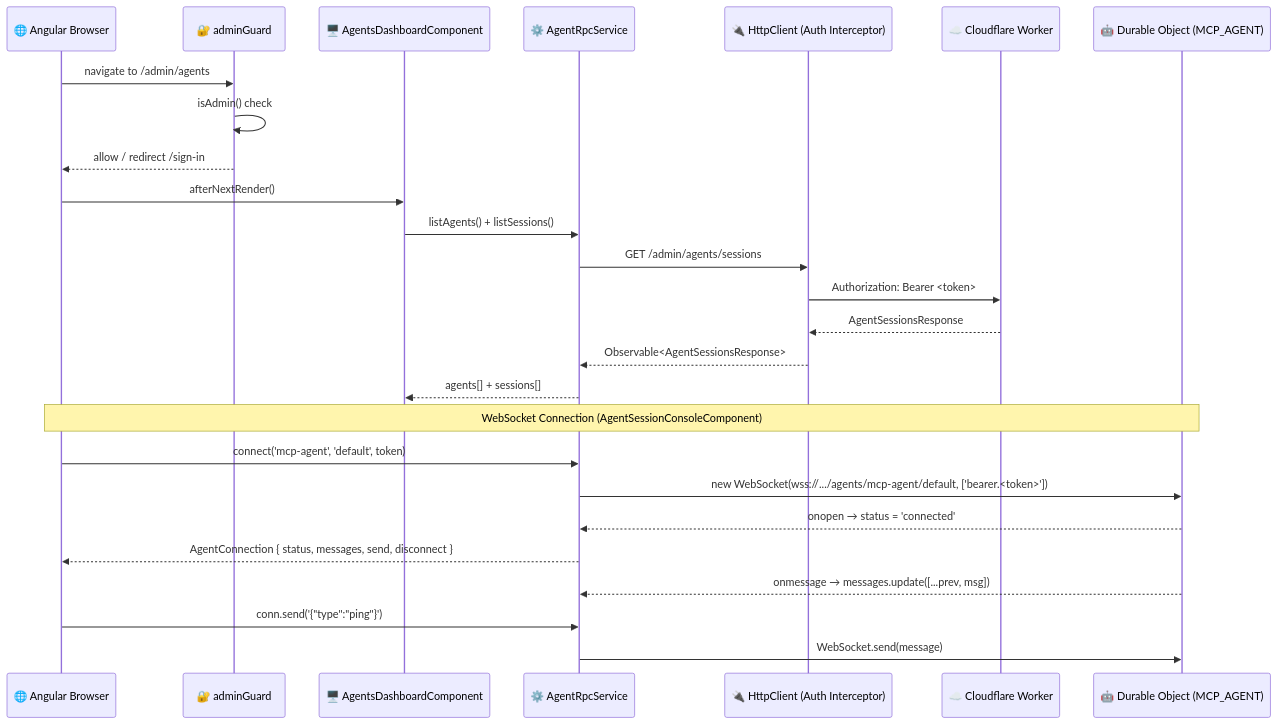
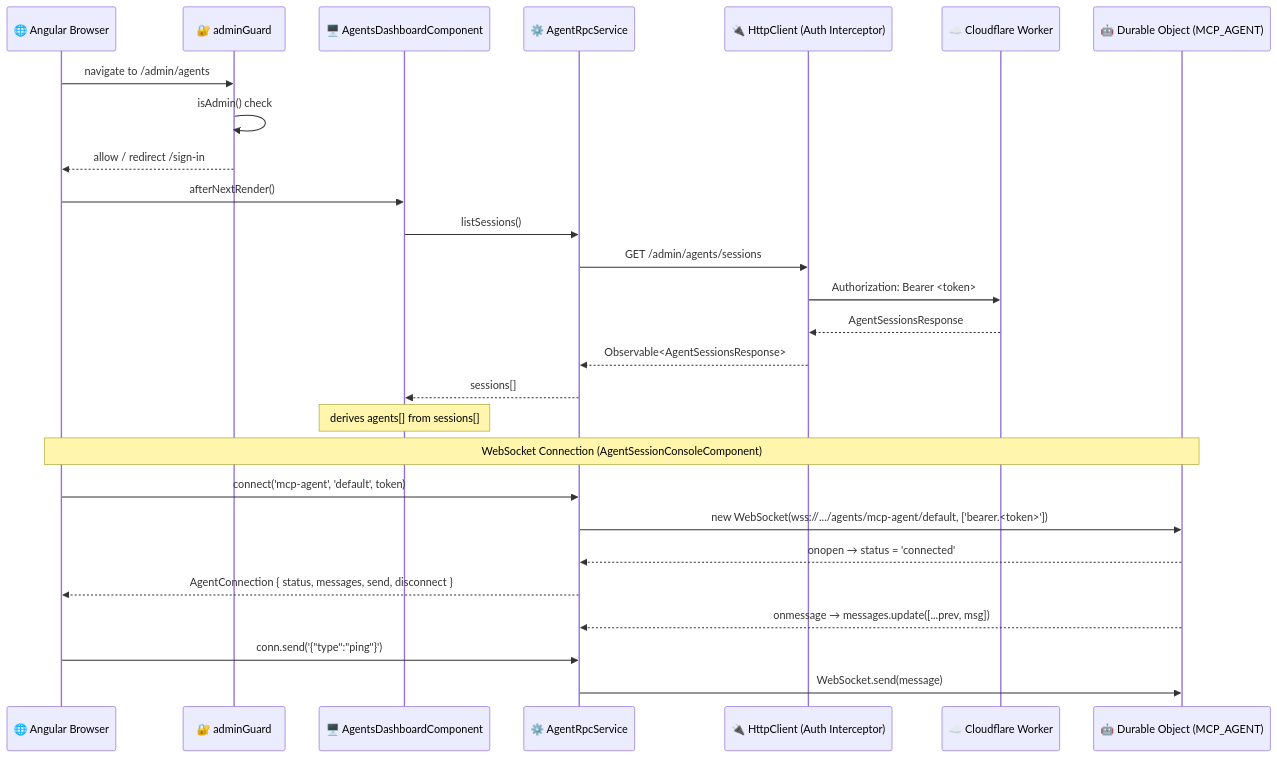
One commit to jaypatrick/adblock-compiler changed the first of 2 diagrams in docs/frontend/AGENTS_FRONTEND.md. Above: the diagram before and after it, drawn with Mermaid.

````diff
--- a/docs/frontend/AGENTS_FRONTEND.md
+++ b/docs/frontend/AGENTS_FRONTEND.md
@@ -13,31 +13,32 @@
 ```mermaid
 sequenceDiagram
     participant Browser as 🌐 Angular Browser
     participant Guard as 🔐 adminGuard
     participant Component as 🖥️ AgentsDashboardComponent
     participant Service as ⚙️ AgentRpcService
     participant HTTP as 🔌 HttpClient (Auth Interceptor)
     participant Worker as ☁️ Cloudflare Worker
     participant DO as 🤖 Durable Object (MCP_AGENT)
 
     Browser->>Guard: navigate to /admin/agents
     Guard->>Guard: isAdmin() check
     Guard-->>Browser: allow / redirect /sign-in
 
     Browser->>Component: afterNextRender()
-    Component->>Service: listAgents() + listSessions()
+    Component->>Service: listSessions()
     Service->>HTTP: GET /admin/agents/sessions
     HTTP->>Worker: Authorization: Bearer <token>
     Worker-->>HTTP: AgentSessionsResponse
     HTTP-->>Service: Observable<AgentSessionsResponse>
-    Service-->>Component: agents[] + sessions[]
+    Service-->>Component: sessions[]
+    Note over Component: derives agents[] from sessions[]
 
     Note over Browser,DO: WebSocket Connection (AgentSessionConsoleComponent)
     Browser->>Service: connect('mcp-agent', 'default', token)
     Service->>DO: new WebSocket(wss://.../agents/mcp-agent/default, ['bearer.<token>'])
     DO-->>Service: onopen → status = 'connected'
     Service-->>Browser: AgentConnection { status, messages, send, disconnect }
     DO-->>Service: onmessage → messages.update([...prev, msg])
     Browser->>Service: conn.send('{"type":"ping"}')
     Service->>DO: WebSocket.send(message)
 ```
````
